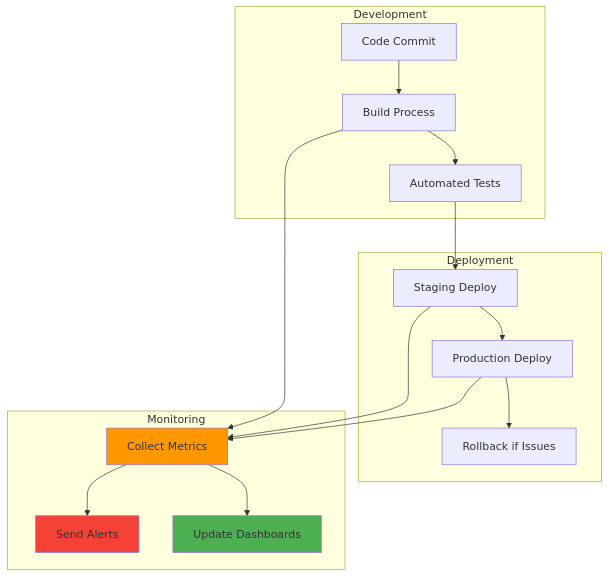
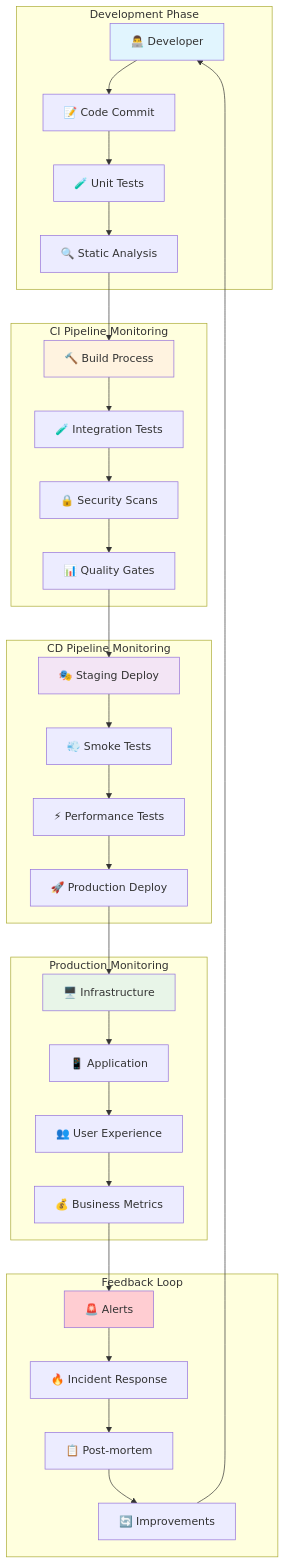
Before and after one commit to manikcloud/cloud-devops-learning-path: the second of 4 diagrams in Section-2-DevOps/Session-10_Monitoring-Tools/README.md, drawn with Mermaid. The commit also changed other lines of this file and 49 other files, not shown here.

Commit message:
Reorganize monitoring tools: Clean unused folders, rename 03→01, 05→02, add comprehensive DevOps monitoring README

````diff
--- a/Section-2-DevOps/Session-10_Monitoring-Tools/README.md
+++ b/Section-2-DevOps/Session-10_Monitoring-Tools/README.md
@@ -152,36 +78,64 @@
 ```mermaid
 graph TB
-    subgraph "Development"
-        CODE[Code Commit]
-        BUILD[Build Process]
-        TEST[Automated Tests]
+    subgraph "Development Phase"
+        DEV[👨‍💻 Developer] --> CODE[📝 Code Commit]
+        CODE --> UNIT[🧪 Unit Tests]
+        UNIT --> STATIC[🔍 Static Analysis]
     end
     
-    subgraph "Deployment"
-        STAGE[Staging Deploy]
-        PROD[Production Deploy]
-        ROLLBACK[Rollback if Issues]
+    subgraph "CI Pipeline Monitoring"
+        BUILD[🔨 Build Process]
+        TEST[🧪 Integration Tests]
+        SECURITY[🔒 Security Scans]
+        QUALITY[📊 Quality Gates]
+        
+        BUILD --> TEST
+        TEST --> SECURITY
+        SECURITY --> QUALITY
     end
     
-    subgraph "Monitoring"
-        METRICS[Collect Metrics]
-        ALERTS[Send Alerts]
-        DASHBOARD[Update Dashboards]
+    subgraph "CD Pipeline Monitoring"
+        STAGING[🎭 Staging Deploy]
+        SMOKE[💨 Smoke Tests]
+        PERF[⚡ Performance Tests]
+        PROD[🚀 Production Deploy]
+        
+        STAGING --> SMOKE
+        SMOKE --> PERF
+        PERF --> PROD
     end
     
-    CODE --> BUILD
-    BUILD --> TEST
-    TEST --> STAGE
-    STAGE --> PROD
-    PROD --> ROLLBACK
+    subgraph "Production Monitoring"
+        INFRA[🖥️ Infrastructure]
+        APP[📱 Application]
+        USER[👥 User Experience]
+        BUSINESS[💰 Business Metrics]
+        
+        INFRA --> APP
+        APP --> USER
+        USER --> BUSINESS
+    end
     
-    BUILD --> METRICS
-    STAGE --> METRICS
-    PROD --> METRICS
-    METRICS --> ALERTS
-    METRICS --> DASHBOARD
+    subgraph "Feedback Loop"
+        ALERT[🚨 Alerts]
+        INCIDENT[🔥 Incident Response]
+        POSTMORTEM[📋 Post-mortem]
+        IMPROVE[🔄 Improvements]
+        
+        ALERT --> INCIDENT
+        INCIDENT --> POSTMORTEM
+        POSTMORTEM --> IMPROVE
+        IMPROVE --> DEV
+    end
     
-    style METRICS fill:#ff9800
-    style ALERTS fill:#f44336
-    style DASHBOARD fill:#4caf50
+    STATIC --> BUILD
+    QUALITY --> STAGING
+    PROD --> INFRA
+    BUSINESS --> ALERT
+    
+    style DEV fill:#e1f5fe
+    style BUILD fill:#fff3e0
+    style STAGING fill:#f3e5f5
+    style INFRA fill:#e8f5e8
+    style ALERT fill:#ffcdd2
 ```
````
